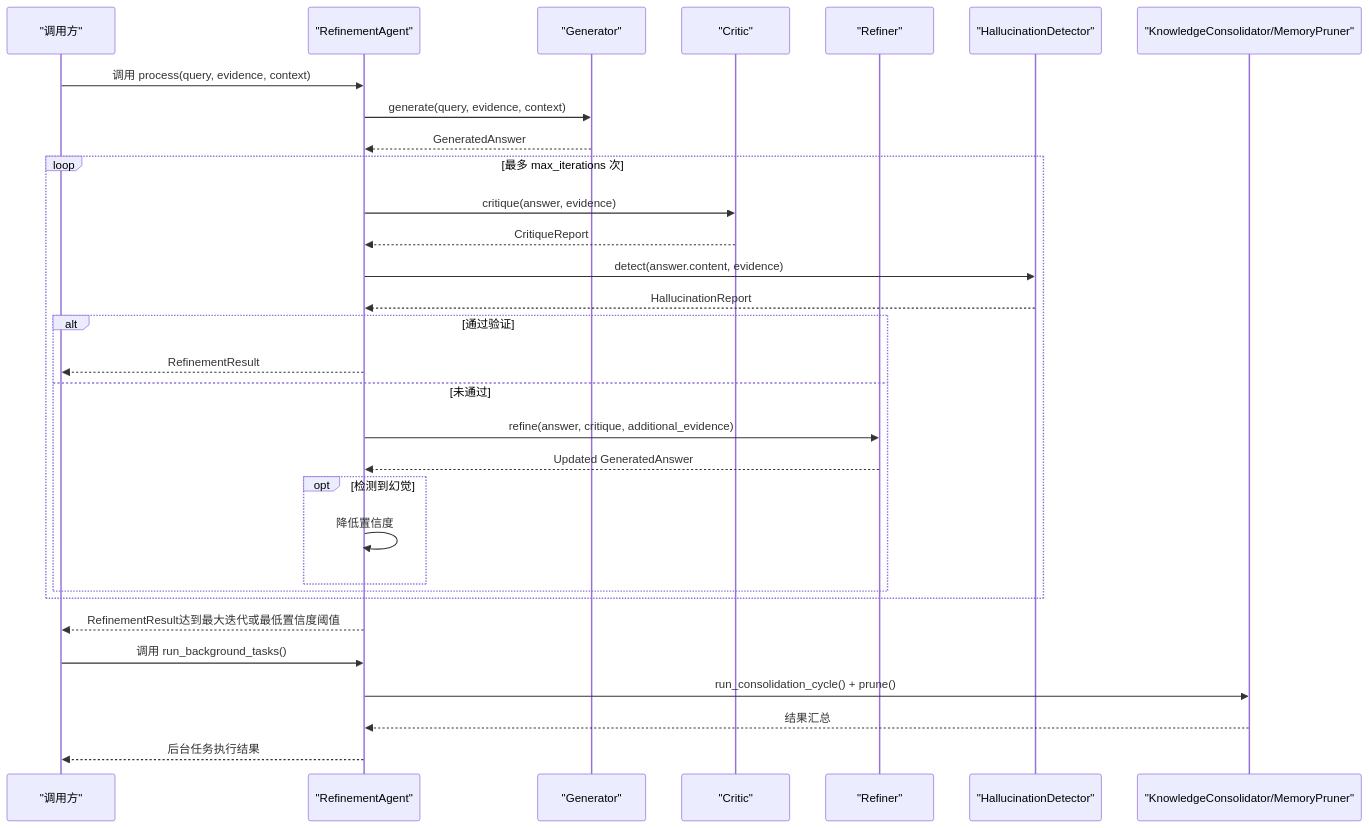
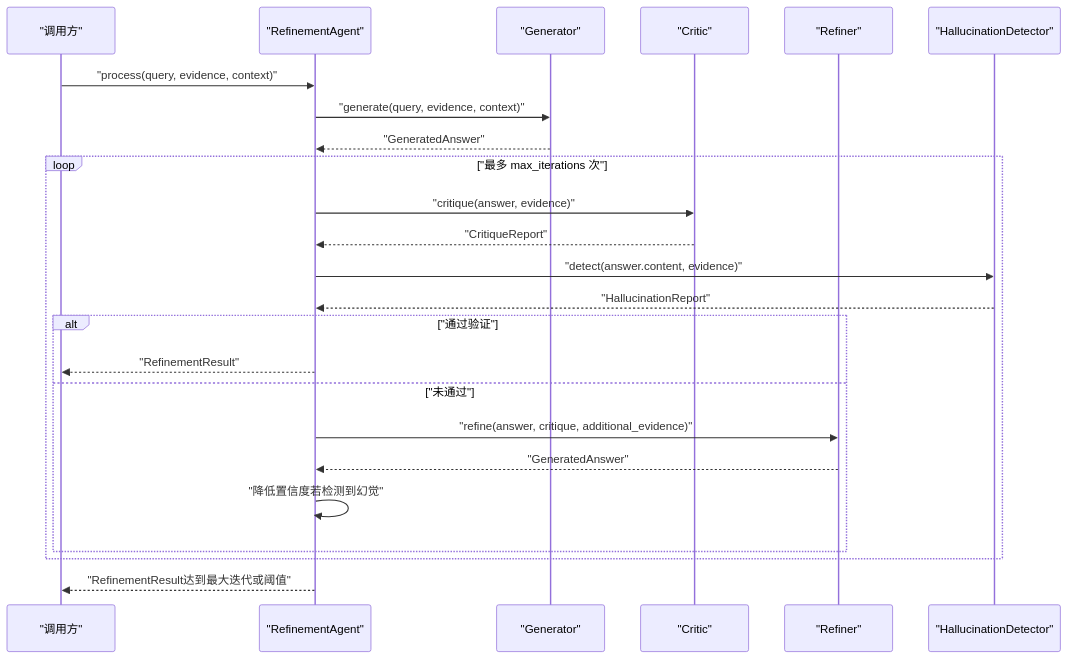
One commit to JieGaoPrinceton/NecoRAG changed the second of 10 diagrams in .qoder/repowiki/zh/content/巩固层模块/精炼代理核心.md. Above: the diagram before and after it, drawn with Mermaid. The commit also changed other lines of this file and 181 other files, not shown here.

````diff
--- a/.qoder/repowiki/zh/content/巩固层模块/精炼代理核心.md
+++ b/.qoder/repowiki/zh/content/巩固层模块/精炼代理核心.md
@@ -117,33 +94,26 @@
 ```mermaid
 sequenceDiagram
 participant U as "调用方"
-participant RA as "RefinementAgent"
+participant A as "RefinementAgent"
 participant G as "Generator"
 participant C as "Critic"
-participant Rf as "Refiner"
-participant HD as "HallucinationDetector"
-participant KM as "KnowledgeConsolidator/MemoryPruner"
-U->>RA : 调用 process(query, evidence, context)
-RA->>G : generate(query, evidence, context)
-G-->>RA : GeneratedAnswer
-loop 最多 max_iterations 次
-RA->>C : critique(answer, evidence)
-C-->>RA : CritiqueReport
-RA->>HD : detect(answer.content, evidence)
-HD-->>RA : HallucinationReport
-alt 通过验证
-RA-->>U : RefinementResult
-else 未通过
-RA->>Rf : refine(answer, critique, additional_evidence)
-Rf-->>RA : Updated GeneratedAnswer
-opt 检测到幻觉
-RA->>RA : 降低置信度
+participant R as "Refiner"
+participant H as "HallucinationDetector"
+U->>A : "process(query, evidence, context)"
+A->>G : "generate(query, evidence, context)"
+G-->>A : "GeneratedAnswer"
+loop "最多 max_iterations 次"
+A->>C : "critique(answer, evidence)"
+C-->>A : "CritiqueReport"
+A->>H : "detect(answer.content, evidence)"
+H-->>A : "HallucinationReport"
+alt "通过验证"
+A-->>U : "RefinementResult"
+else "未通过"
+A->>R : "refine(answer, critique, additional_evidence)"
+R-->>A : "GeneratedAnswer"
+A->>A : "降低置信度若检测到幻觉"
 end
 end
-end
-RA-->>U : RefinementResult达到最大迭代或最低置信度阈值
-U->>RA : 调用 run_background_tasks()
-RA->>KM : run_consolidation_cycle() + prune()
-KM-->>RA : 结果汇总
-RA-->>U : 后台任务执行结果
+A-->>U : "RefinementResult达到最大迭代或阈值"
 ```
````
